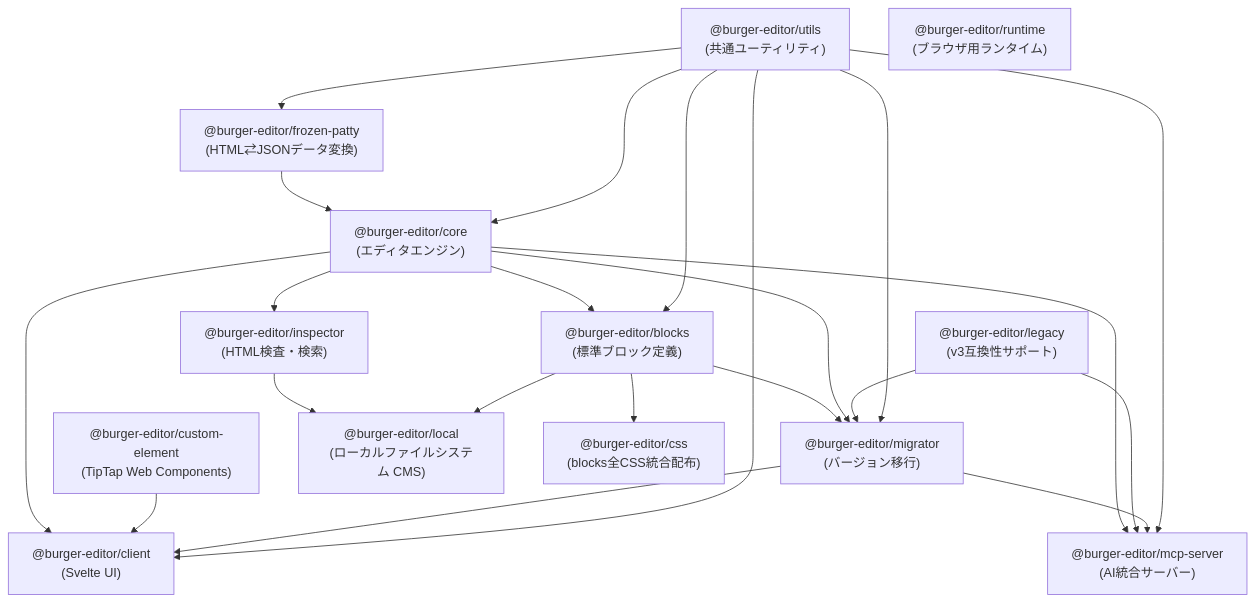
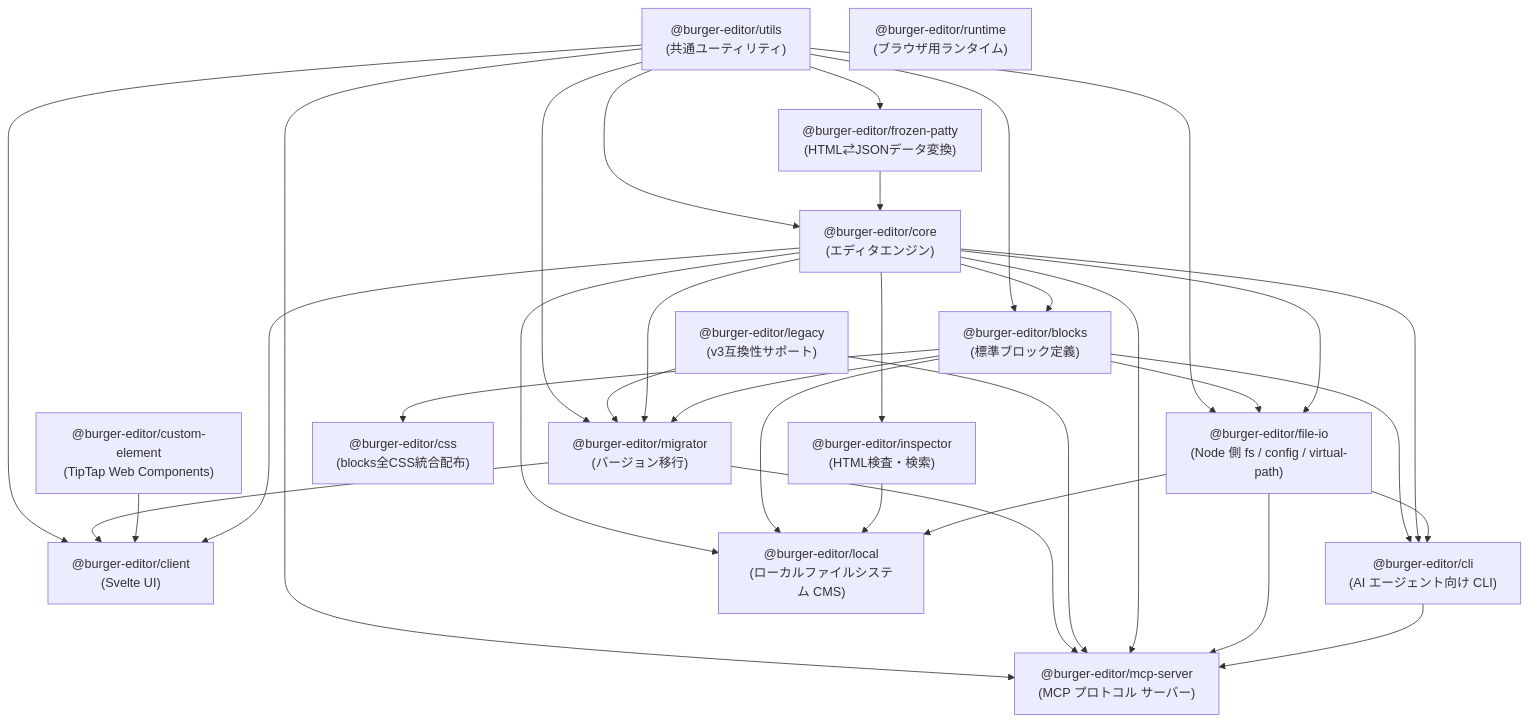
Before and after one commit to d-zero-dev/BurgerEditor: the diagram in ARCHITECTURE.md, drawn with Mermaid. The commit also changed other lines of this file and 2 other files, not shown here.

First line of the commit message:
docs(repo): list cli/file-io packages, document agent-facing layer, expand vitest defaults

````diff
--- a/ARCHITECTURE.md
+++ b/ARCHITECTURE.md
@@ -9,57 +9,73 @@
 ```mermaid
 graph TD
     utils["@burger-editor/utils<br/>(共通ユーティリティ)"]
     frozen["@burger-editor/frozen-patty<br/>(HTML⇄JSONデータ変換)"]
     core["@burger-editor/core<br/>(エディタエンジン)"]
     blocks["@burger-editor/blocks<br/>(標準ブロック定義)"]
     client["@burger-editor/client<br/>(Svelte UI)"]
     custom["@burger-editor/custom-element<br/>(TipTap Web Components)"]
     migrator["@burger-editor/migrator<br/>(バージョン移行)"]
     inspector["@burger-editor/inspector<br/>(HTML検査・検索)"]
+    fileio["@burger-editor/file-io<br/>(Node 側 fs / config / virtual-path)"]
+    cli["@burger-editor/cli<br/>(AI エージェント向け CLI)"]
     local["@burger-editor/local<br/>(ローカルファイルシステム CMS)"]
-    mcp["@burger-editor/mcp-server<br/>(AI統合サーバー)"]
+    mcp["@burger-editor/mcp-server<br/>(MCP プロトコル サーバー)"]
     legacy["@burger-editor/legacy<br/>(v3互換性サポート)"]
     css["@burger-editor/css<br/>(blocks全CSS統合配布)"]
     runtime["@burger-editor/runtime<br/>(ブラウザ用ランタイム)"]
 
     %% Core dependencies
     utils --> frozen
     frozen --> core
     utils --> core
 
     %% Block dependencies
     core --> blocks
     utils --> blocks
 
     %% CSS distribution
     blocks --> css
 
     %% Client dependencies
     core --> client
     custom --> client
     migrator --> client
     utils --> client
 
     %% Migrator dependencies
     blocks --> migrator
     core --> migrator
     legacy --> migrator
     utils --> migrator
 
     %% Inspector dependencies
     core --> inspector
 
-    %% Local dependencies
+    %% File-IO (Node 側集約)
+    core --> fileio
+    blocks --> fileio
+    utils --> fileio
+
+    %% Local dependencies (file-io 経由で fs を扱うようリファクタ済み)
+    fileio --> local
     inspector --> local
     blocks --> local
+    core --> local
 
-    %% MCP Server dependencies
+    %% CLI (AI エージェント向け)
+    fileio --> cli
+    core --> cli
+    blocks --> cli
+
+    %% MCP Server (v3 互換 + v4 ツールは CLI 経由)
+    cli --> mcp
+    fileio --> mcp
     core --> mcp
     legacy --> mcp
     migrator --> mcp
     utils --> mcp
 
     %% Independent packages
     legacy
     runtime
 ```
````
